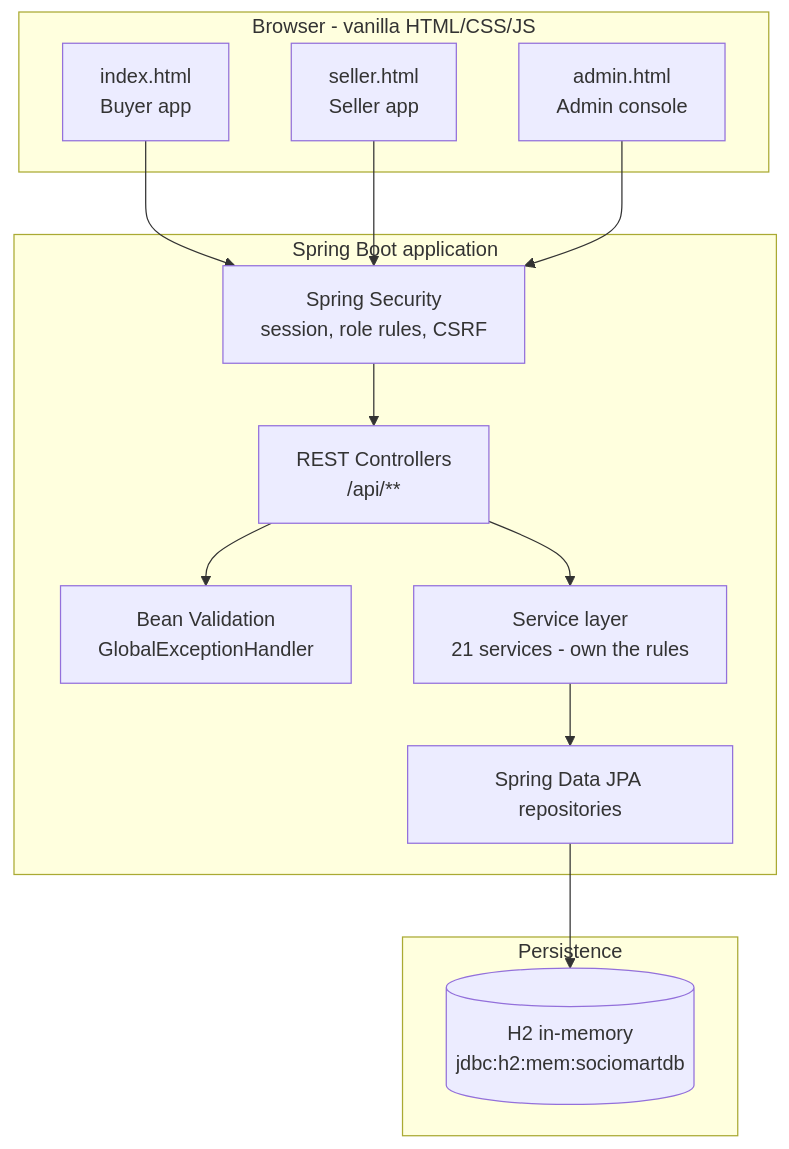
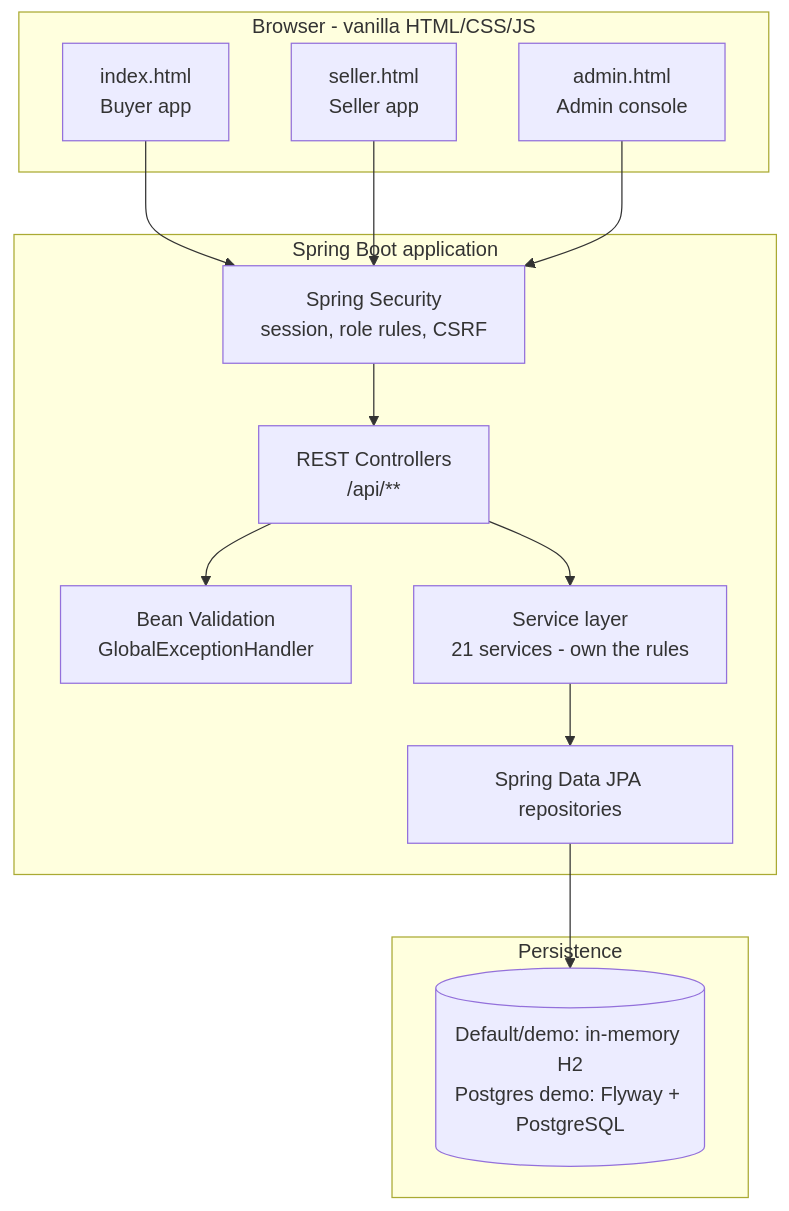
The first of 2 diagrams in README.md (utkarshnikhare/my-first-spring-api), drawn with Mermaid before and after one commit. The commit also changed other lines of this file and 11 other files, not shown here.

````diff
--- a/README.md
+++ b/README.md
@@ -367,29 +424,29 @@
 ```mermaid
 flowchart TB
     subgraph Client["Browser - vanilla HTML/CSS/JS"]
         B["index.html<br/>Buyer app"]
         S["seller.html<br/>Seller app"]
         A["admin.html<br/>Admin console"]
     end
 
     subgraph Server["Spring Boot application"]
         SEC["Spring Security<br/>session, role rules, CSRF"]
         C["REST Controllers<br/>/api/**"]
         V["Bean Validation<br/>GlobalExceptionHandler"]
         SV["Service layer<br/>21 services - own the rules"]
         R["Spring Data JPA repositories"]
     end
 
     subgraph Data["Persistence"]
-        DB[("H2 in-memory<br/>jdbc:h2:mem:sociomartdb")]
+        DB[("Default/demo: in-memory H2<br/>Postgres demo: Flyway + PostgreSQL")]
     end
 
     B --> SEC
     S --> SEC
     A --> SEC
     SEC --> C
     C --> V
     C --> SV
     SV --> R
     R --> DB
 ```
````
